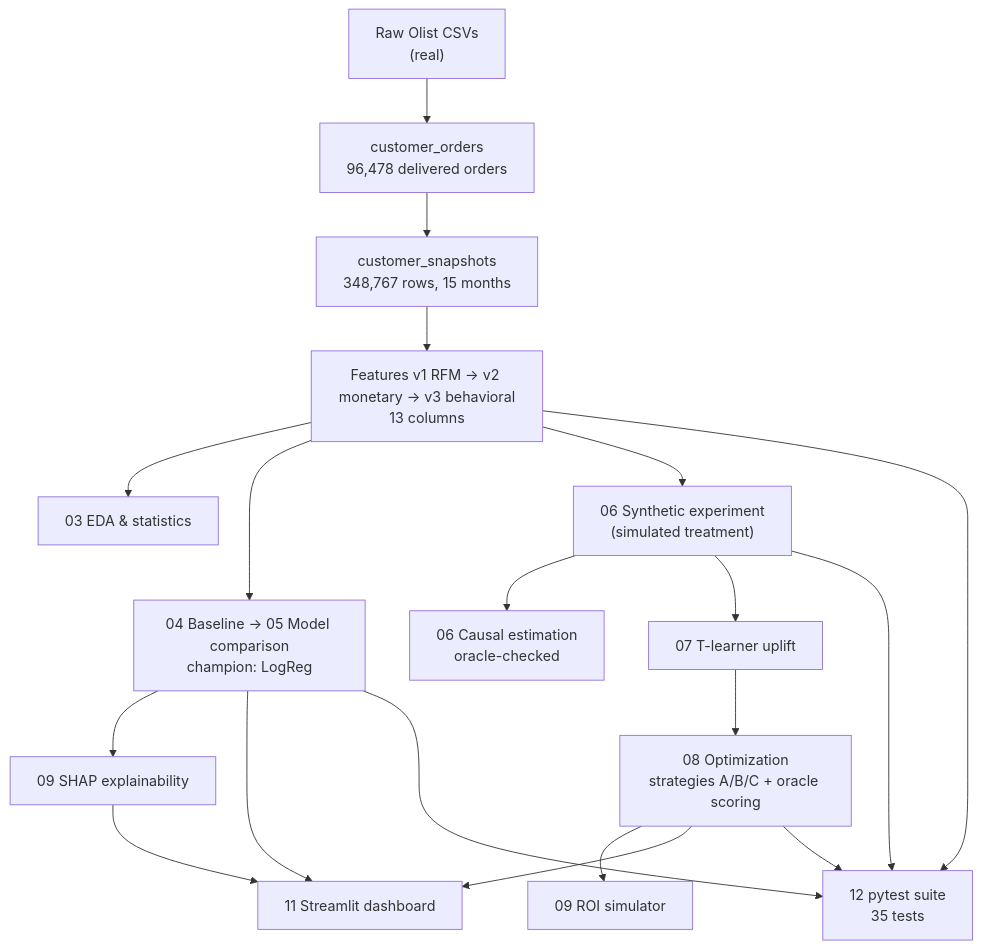
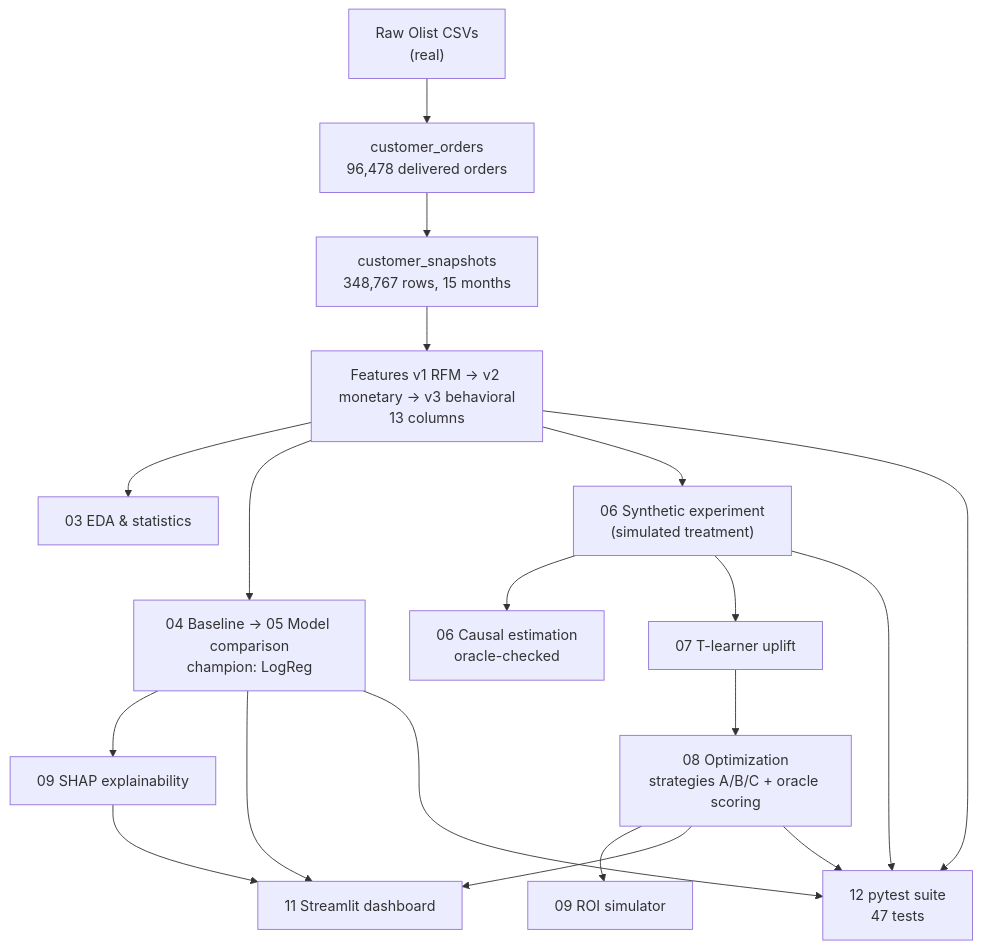
The diagram in README.md (uttamofficial/InterveneAI), drawn with Mermaid before and after one commit. The commit also changed other lines of this file and 5 other files, not shown here.

````diff
--- a/README.md
+++ b/README.md
@@ -46,21 +77,21 @@
 ```mermaid
 flowchart TD
     RAW["Raw Olist CSVs<br/>(real)"] --> ORD["customer_orders<br/>96,478 delivered orders"]
     ORD --> SNAP["customer_snapshots<br/>348,767 rows, 15 months"]
     SNAP --> FEAT["Features v1 RFM → v2 monetary → v3 behavioral<br/>13 columns"]
     FEAT --> EDA["03 EDA & statistics"]
     FEAT --> MOD["04 Baseline → 05 Model comparison<br/>champion: LogReg"]
     FEAT --> SIM["06 Synthetic experiment<br/>(simulated treatment)"]
     SIM --> CAU["06 Causal estimation<br/>oracle-checked"]
     SIM --> UPL["07 T-learner uplift"]
     UPL --> OPT["08 Optimization<br/>strategies A/B/C + oracle scoring"]
     OPT --> ROI["09 ROI simulator"]
     MOD --> EXP["09 SHAP explainability"]
     MOD --> DASH["11 Streamlit dashboard"]
     OPT --> DASH
     EXP --> DASH
-    FEAT --> TEST["12 pytest suite<br/>35 tests"]
+    FEAT --> TEST["12 pytest suite<br/>47 tests"]
     MOD --> TEST
     SIM --> TEST
     OPT --> TEST
 ```
````
